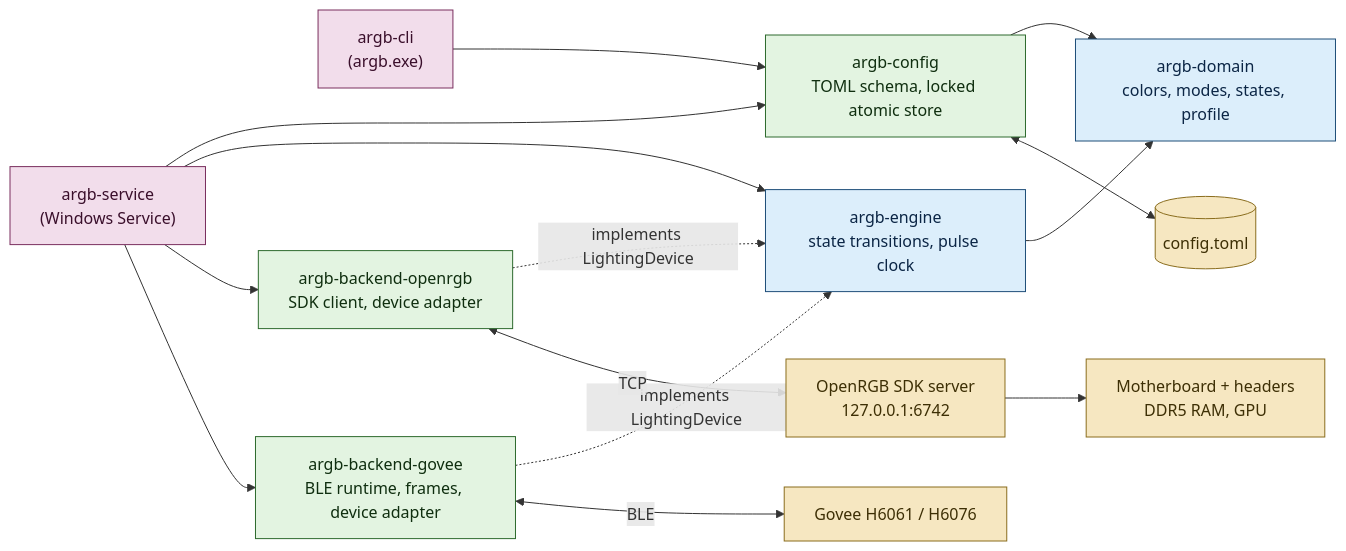
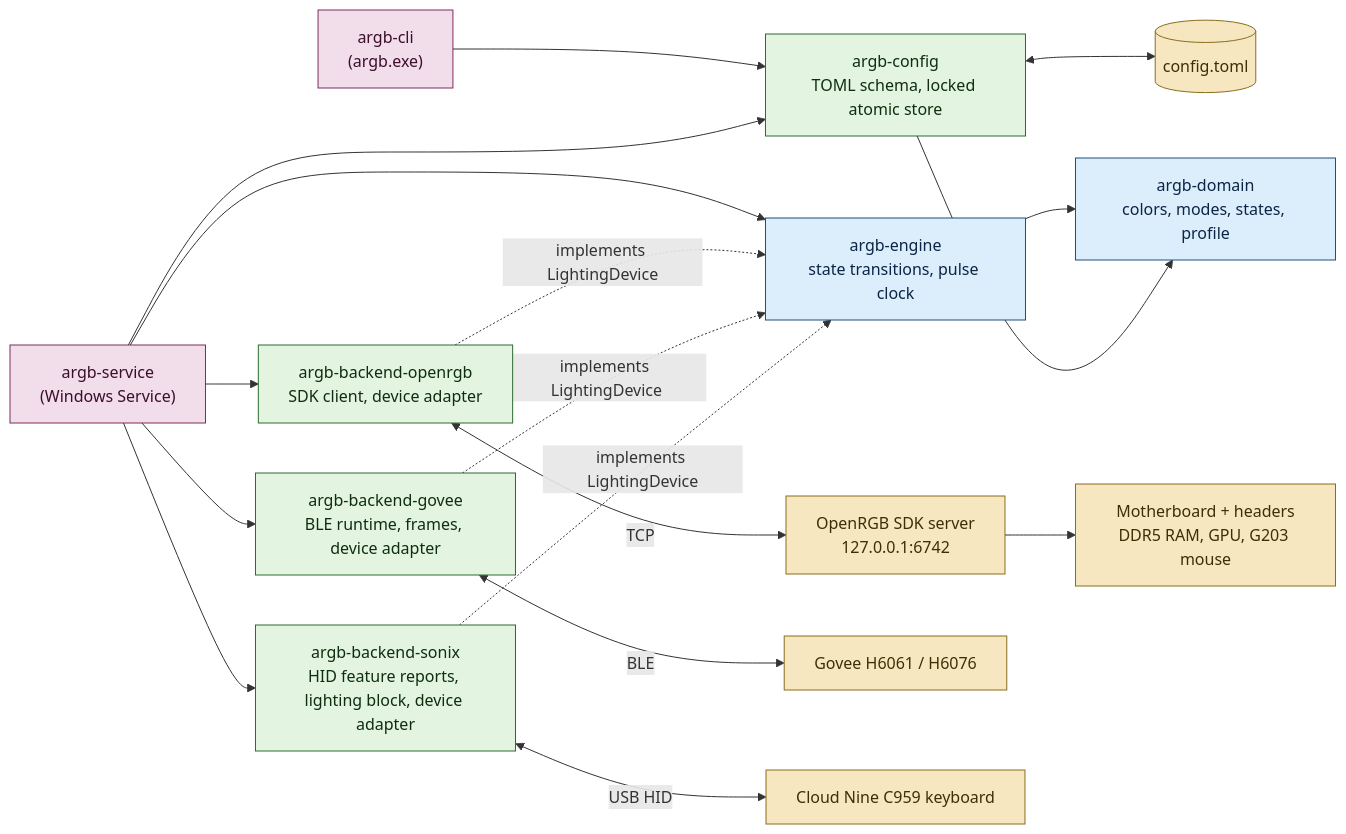
The first of 2 diagrams in docs/architecture.md (Kalisen/argb-controller), drawn with Mermaid before and after one commit. The commit also changed other lines of this file and 22 other files, not shown here.

````diff
--- a/docs/architecture.md
+++ b/docs/architecture.md
@@ -10,33 +11,38 @@
 ```mermaid
 flowchart LR
     classDef domain fill:#DCEEFB,stroke:#1F4E79,color:#0B2545
     classDef adapter fill:#E3F4E1,stroke:#2E6B2E,color:#0F2E0F
     classDef external fill:#F6E7C1,stroke:#8A6D1D,color:#3D2F05
     classDef binary fill:#F2DDEB,stroke:#7A2E5E,color:#3A0F2B
 
     CLI["argb-cli<br/>(argb.exe)"]:::binary
     SVC["argb-service<br/>(Windows Service)"]:::binary
     CFG["argb-config<br/>TOML schema, locked atomic store"]:::adapter
     ENG["argb-engine<br/>state transitions, pulse clock"]:::domain
     DOM["argb-domain<br/>colors, modes, states, profile"]:::domain
     ORGB["argb-backend-openrgb<br/>SDK client, device adapter"]:::adapter
     GOV["argb-backend-govee<br/>BLE runtime, frames, device adapter"]:::adapter
+    SNX["argb-backend-sonix<br/>HID feature reports, lighting block, device adapter"]:::adapter
     FILE[("config.toml")]:::external
     SERVER["OpenRGB SDK server<br/>127.0.0.1:6742"]:::external
-    HW["Motherboard + headers<br/>DDR5 RAM, GPU"]:::external
+    HW["Motherboard + headers<br/>DDR5 RAM, GPU, G203 mouse"]:::external
     BLE["Govee H6061 / H6076"]:::external
+    KBD["Cloud Nine C959 keyboard"]:::external
 
     CLI --> CFG
     SVC --> CFG
     SVC --> ENG
     ENG --> DOM
     CFG --> DOM
     ORGB -.implements LightingDevice.-> ENG
     GOV -.implements LightingDevice.-> ENG
+    SNX -.implements LightingDevice.-> ENG
     SVC --> ORGB
     SVC --> GOV
+    SVC --> SNX
     CFG <--> FILE
     ORGB <-->|TCP| SERVER
     SERVER --> HW
     GOV <-->|BLE| BLE
+    SNX <-->|USB HID| KBD
 ```
````
